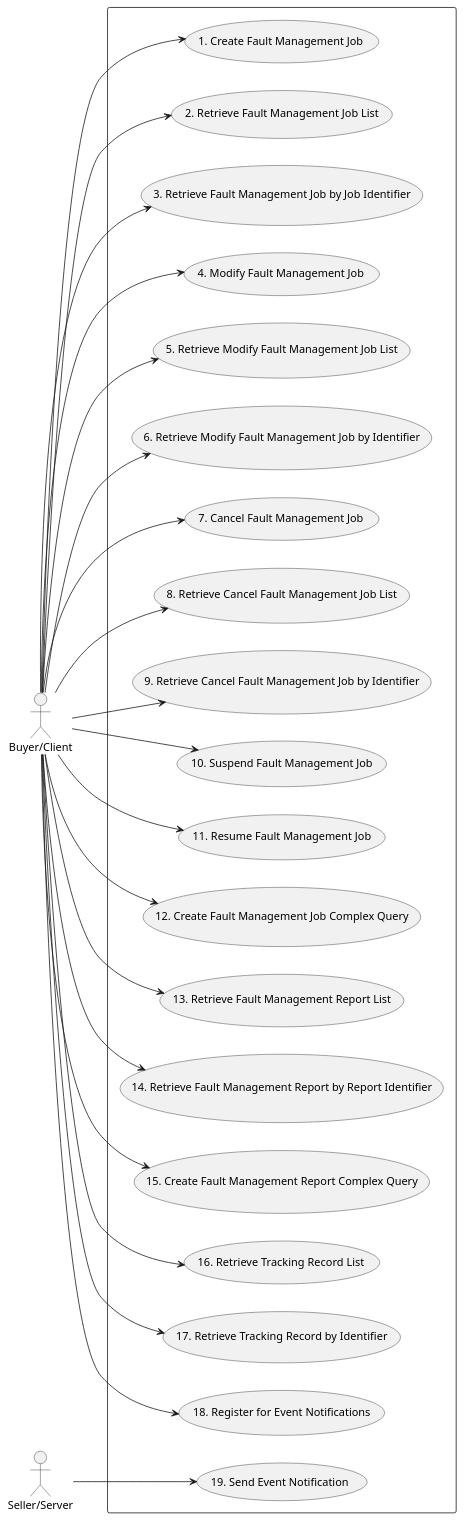
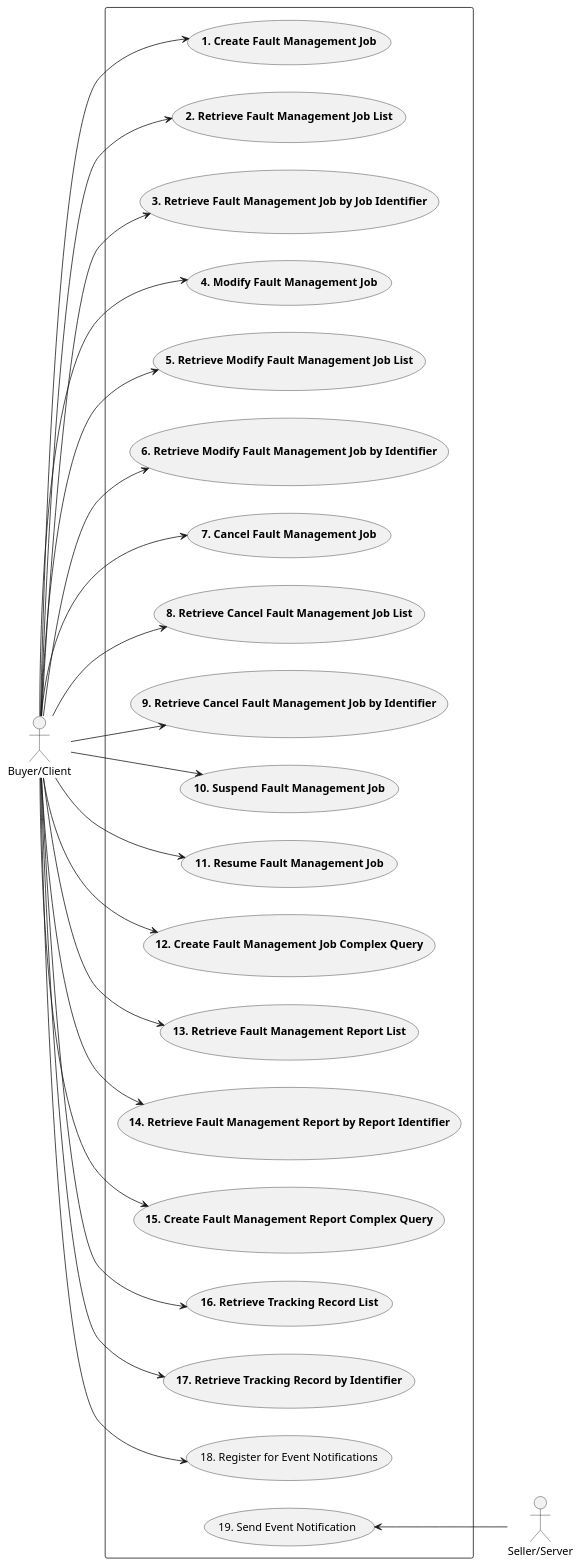
The diagram in documentation/serviceApi/fm/media/src/fmUsecases.puml (MEF-GIT/MEF-LSO-Interlude-SDK), drawn with PlantUML before and after one commit. The commit also changed 74 other files, not shown here.

```diff
--- a/documentation/serviceApi/fm/media/src/fmUsecases.puml
+++ b/documentation/serviceApi/fm/media/src/fmUsecases.puml
@@ -1,50 +1,50 @@
 @startuml fmUsecases
 
 left to right direction
 
 actor "Buyer/Client" as B
 actor "Seller/Server" as S
 
 rectangle {
-Usecase UC1 as "1. Create Fault Management Job"
-Usecase UC2 as "2. Retrieve Fault Management Job List"
-Usecase UC3 as "3. Retrieve Fault Management Job by Job Identifier"
-Usecase UC4 as "4. Modify Fault Management Job"
-Usecase UC5 as "5. Retrieve Modify Fault Management Job List"
-Usecase UC6 as "6. Retrieve Modify Fault Management Job by Identifier"
-Usecase UC7 as "7. Cancel Fault Management Job"
-Usecase UC8 as "8. Retrieve Cancel Fault Management Job List"
-Usecase UC9 as "9. Retrieve Cancel Fault Management Job by Identifier"
-Usecase UC10 as "10. Suspend Fault Management Job"
-Usecase UC11 as "11. Resume Fault Management Job"
-Usecase UC12 as "12. Create Fault Management Job Complex Query"
-Usecase UC13 as "13. Retrieve Fault Management Report List"
-Usecase UC14 as "14. Retrieve Fault Management Report by Report Identifier"
-Usecase UC15 as "15. Create Fault Management Report Complex Query"
-Usecase UC16 as "16. Retrieve Tracking Record List"
-Usecase UC17 as "17. Retrieve Tracking Record by Identifier"
+Usecase UC1 as "**1. Create Fault Management Job**"
+Usecase UC2 as "**2. Retrieve Fault Management Job List**"
+Usecase UC3 as "**3. Retrieve Fault Management Job by Job Identifier**"
+Usecase UC4 as "**4. Modify Fault Management Job**"
+Usecase UC5 as "**5. Retrieve Modify Fault Management Job List**"
+Usecase UC6 as "**6. Retrieve Modify Fault Management Job by Identifier**"
+Usecase UC7 as "**7. Cancel Fault Management Job**"
+Usecase UC8 as "**8. Retrieve Cancel Fault Management Job List**"
+Usecase UC9 as "**9. Retrieve Cancel Fault Management Job by Identifier**"
+Usecase UC10 as "**10. Suspend Fault Management Job**"
+Usecase UC11 as "**11. Resume Fault Management Job**"
+Usecase UC12 as "**12. Create Fault Management Job Complex Query**"
+Usecase UC13 as "**13. Retrieve Fault Management Report List**"
+Usecase UC14 as "**14. Retrieve Fault Management Report by Report Identifier**"
+Usecase UC15 as "**15. Create Fault Management Report Complex Query**"
+Usecase UC16 as "**16. Retrieve Tracking Record List**"
+Usecase UC17 as "**17. Retrieve Tracking Record by Identifier**"
 Usecase UC18 as "18. Register for Event Notifications"
 Usecase UC19 as "19. Send Event Notification"
 }
 
 B --> UC1
 B --> UC2
 B --> UC3
 B --> UC4
 B --> UC5
 B --> UC6
 B --> UC7
 B --> UC8
 B --> UC9
 B --> UC10
 B --> UC11
 B --> UC12
 B --> UC13
 B --> UC14
 B --> UC15
 B --> UC16
 B --> UC17
 B --> UC18
-S --> UC19
+UC19 <-- S
 
 @enduml
```
